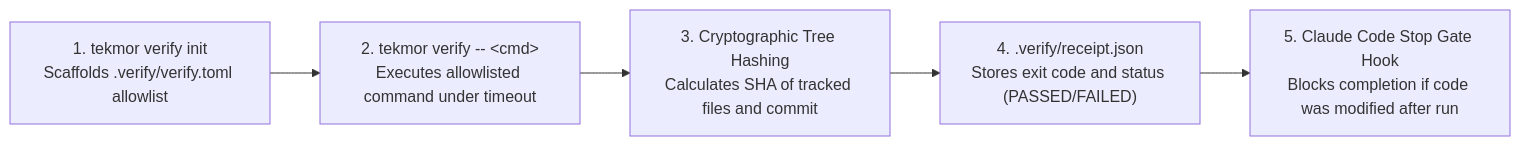
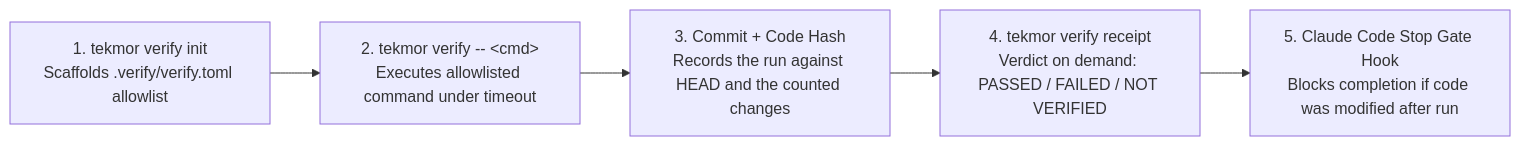
One commit to autonomic-ai-dev/website changed the diagram in src/routes/tekmor/docs/+page.md. Above: the diagram before and after it, drawn with Mermaid. The commit also changed other lines of this file and 20 other files, not shown here.

````diff
--- a/src/routes/tekmor/docs/+page.md
+++ b/src/routes/tekmor/docs/+page.md
@@ -15,7 +15,7 @@
 ```mermaid
 flowchart LR
     Init["1. tekmor verify init<br/>Scaffolds .verify/verify.toml allowlist"] --> Run["2. tekmor verify -- &lt;cmd&gt;<br/>Executes allowlisted command under timeout"]
-    Run --> Hash["3. Cryptographic Tree Hashing<br/>Calculates SHA of tracked files and commit"]
-    Hash --> Receipt["4. .verify/receipt.json<br/>Stores exit code and status (PASSED/FAILED)"]
+    Run --> Hash["3. Commit + Code Hash<br/>Records the run against HEAD and the counted changes"]
+    Hash --> Receipt["4. tekmor verify receipt<br/>Verdict on demand: PASSED / FAILED / NOT VERIFIED"]
     Receipt --> Gate["5. Claude Code Stop Gate Hook<br/>Blocks completion if code was modified after run"]
 ```
````
